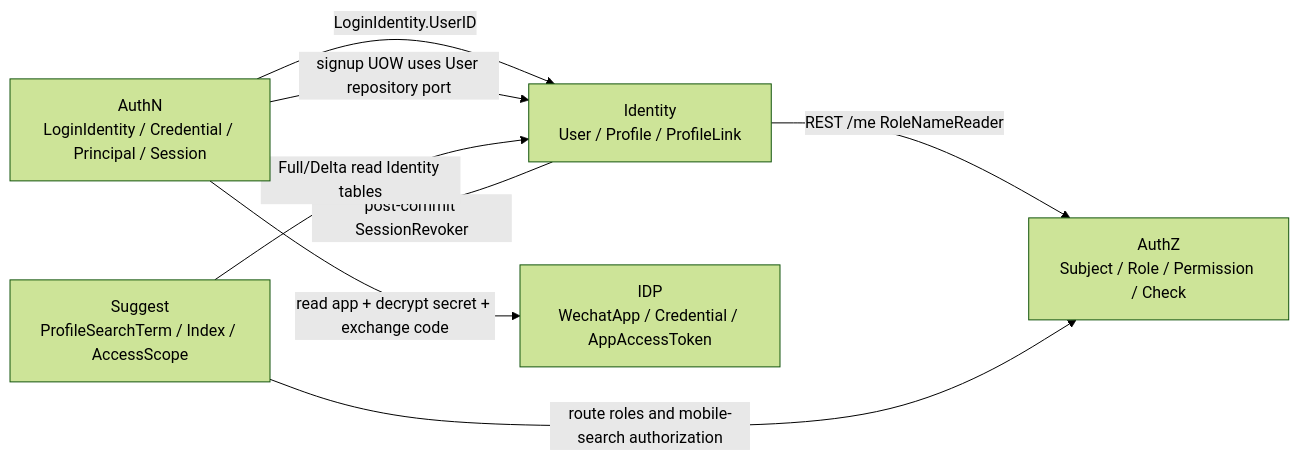
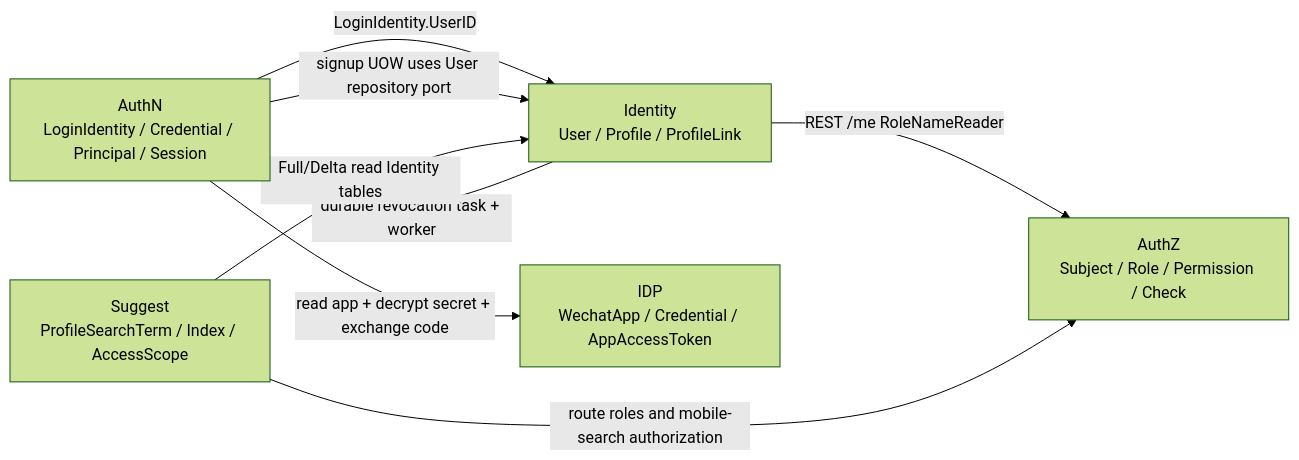
One commit to FangcunMount/iam changed the diagram in docs/02-业务模块/01-Identity/04-模块边界-Identity与AuthN-AuthZ-Suggest.md. Above: the diagram before and after it, drawn with Mermaid (forest theme). The commit also changed other lines of this file and 80 other files, not shown here.

````diff
--- a/docs/02-业务模块/01-Identity/04-模块边界-Identity与AuthN-AuthZ-Suggest.md
+++ b/docs/02-业务模块/01-Identity/04-模块边界-Identity与AuthN-AuthZ-Suggest.md
@@ -74,18 +74,18 @@
 ```mermaid
 flowchart LR
     AUTHN["AuthN\nLoginIdentity / Credential / Principal / Session"]
     IDENTITY["Identity\nUser / Profile / ProfileLink"]
     AUTHZ["AuthZ\nSubject / Role / Permission / Check"]
     IDP["IDP\nWechatApp / Credential / AppAccessToken"]
     SUGGEST["Suggest\nProfileSearchTerm / Index / AccessScope"]
 
     AUTHN -->|"LoginIdentity.UserID"| IDENTITY
     AUTHN -->|"signup UOW uses User repository port"| IDENTITY
-    IDENTITY -->|"post-commit SessionRevoker"| AUTHN
+    IDENTITY -->|"durable revocation task + worker"| AUTHN
 
     IDENTITY -->|"REST /me RoleNameReader"| AUTHZ
     SUGGEST -->|"route roles and mobile-search authorization"| AUTHZ
 
     AUTHN -->|"read app + decrypt secret + exchange code"| IDP
     SUGGEST -->|"Full/Delta read Identity tables"| IDENTITY
 ```
````
